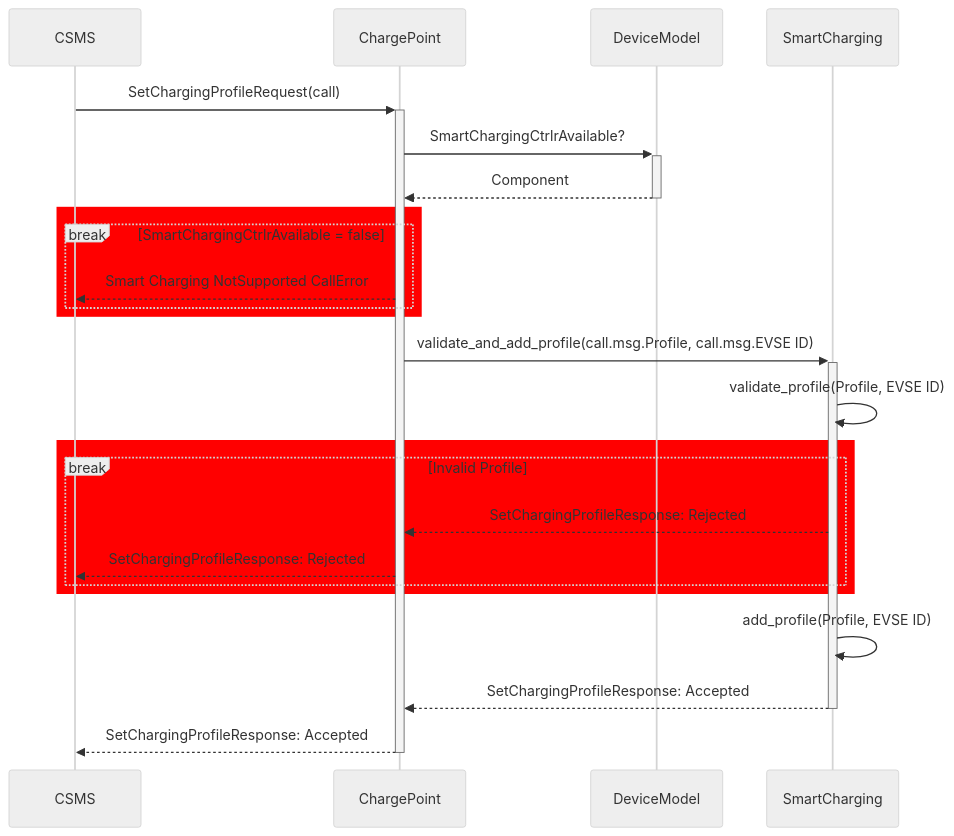
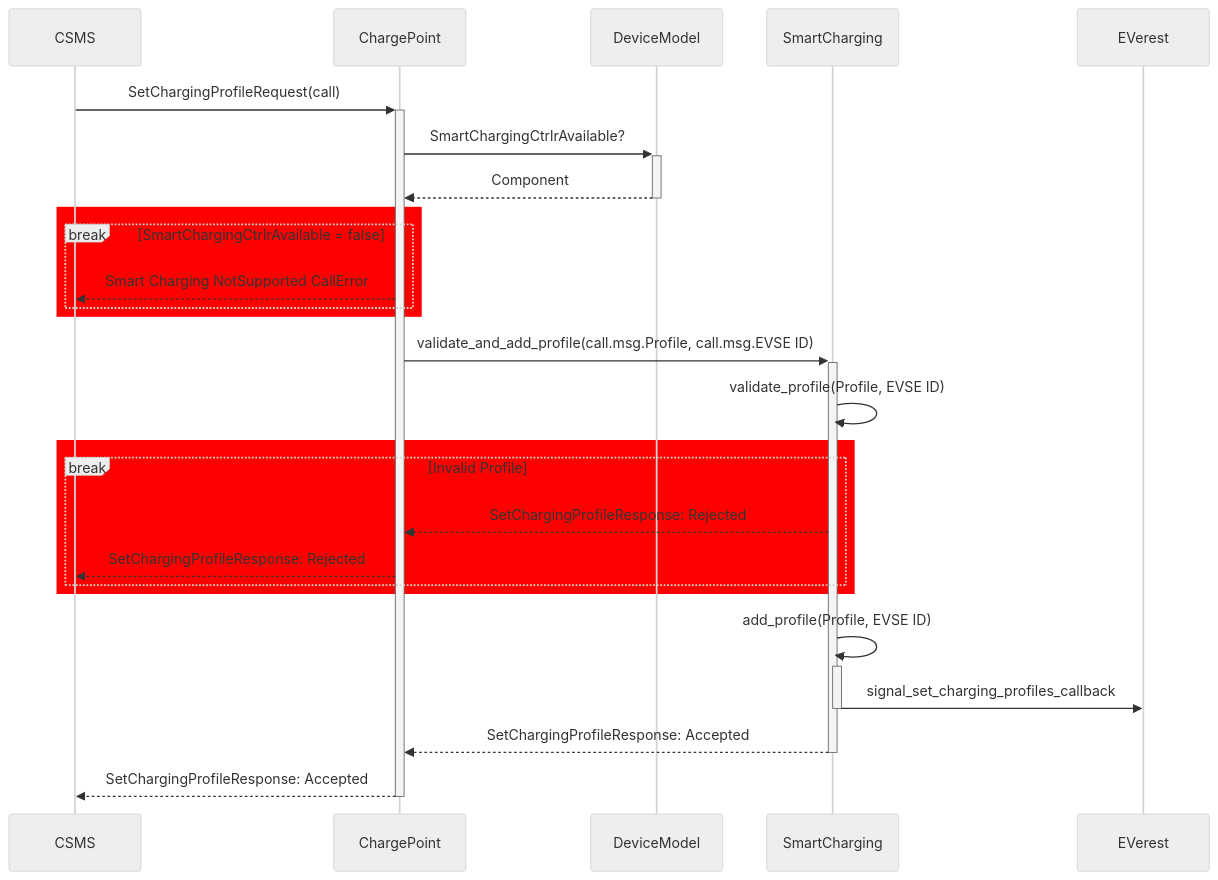
One commit to EVerest/libocpp changed the first of 4 diagrams in README.md. Above: the diagram before and after it, drawn with Mermaid (neutral theme). The commit also changed other lines of this file, not shown here.

Commit message:
Added callback to K01 sequence diagram for README as per PR review

````diff
--- a/README.md
+++ b/README.md
@@ -472,30 +472,31 @@
 ```mermaid
 sequenceDiagram
     CSMS->>+ChargePoint : SetChargingProfileRequest(call)
 
     ChargePoint->>+DeviceModel : SmartChargingCtrlrAvailable?
     DeviceModel-->>-ChargePoint : Component
 
     rect Red 
     break SmartChargingCtrlrAvailable = false
         ChargePoint-->>CSMS : Smart Charging NotSupported CallError
     end
     end
 
     ChargePoint->>+SmartCharging : validate_and_add_profile(call.msg.Profile, call.msg.EVSE ID)
 
     SmartCharging->>SmartCharging : validate_profile(Profile, EVSE ID)
 
     rect Red 
     break Invalid Profile
         SmartCharging-->>ChargePoint : SetChargingProfileResponse: Rejected
         ChargePoint-->>CSMS : SetChargingProfileResponse: Rejected
     end
     end
 
-    SmartCharging->>SmartCharging : add_profile(Profile, EVSE ID)
+    SmartCharging->>+SmartCharging : add_profile(Profile, EVSE ID)
+    SmartCharging->>-EVerest : signal_set_charging_profiles_callback
 
     SmartCharging-->>-ChargePoint : SetChargingProfileResponse: Accepted
 
     ChargePoint-->>-CSMS : SetChargingProfileResponse: Accepted
 ```
````
